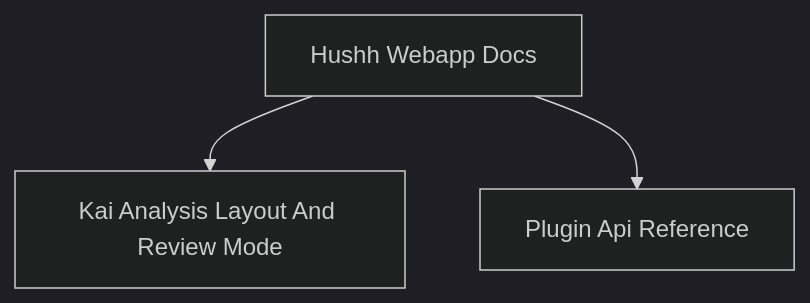
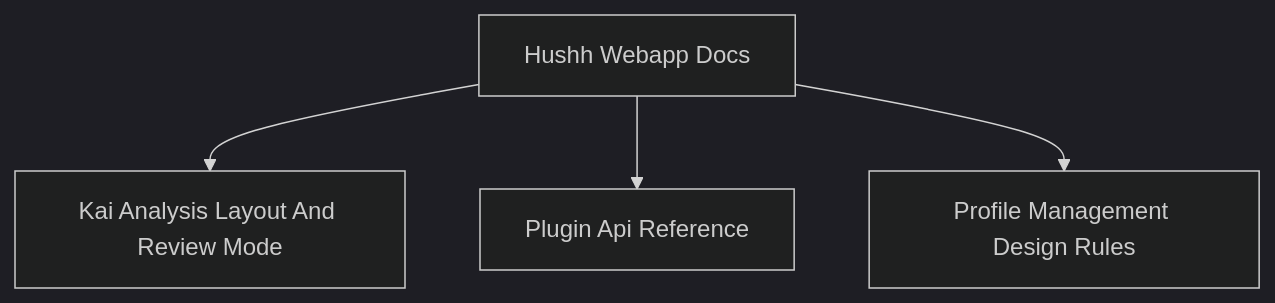
One commit to hushh-labs/hushh-research changed the diagram in hushh-webapp/docs/README.md. Above: the diagram before and after it, drawn with Mermaid (dark theme). The commit also changed other lines of this file and 43 other files, not shown here.

````diff
--- a/hushh-webapp/docs/README.md
+++ b/hushh-webapp/docs/README.md
@@ -6,8 +6,10 @@
 ```mermaid
 flowchart TD
   root["Hushh Webapp Docs"]
   n1["Kai Analysis Layout And Review Mode"]
   root --> n1
   n2["Plugin Api Reference"]
   root --> n2
+  n3["Profile Management Design Rules"]
+  root --> n3
 ```
````
